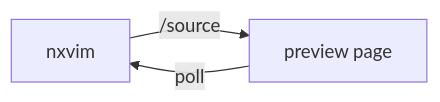
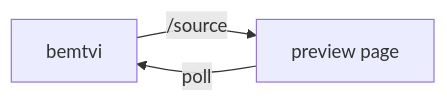
One commit to bemtvi/bemtvi-markdown-preview changed the diagram in examples/sample.md. Above: the diagram before and after it, drawn with Mermaid. The commit also changed other lines of this file and 14 other files, not shown here.

First line of the commit message:
refactor!: nxvim is bemtvi, and nx.* is btv.*

````diff
--- a/examples/sample.md
+++ b/examples/sample.md
@@ -48,5 +48,5 @@
 ```mermaid
 graph LR
-  editor[nxvim] -->|/source| page[preview page]
+  editor[bemtvi] -->|/source| page[preview page]
   page -->|poll| editor
 ```
````
